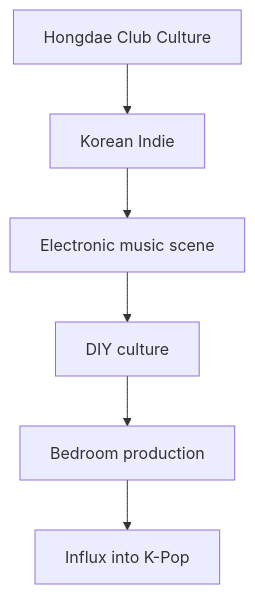
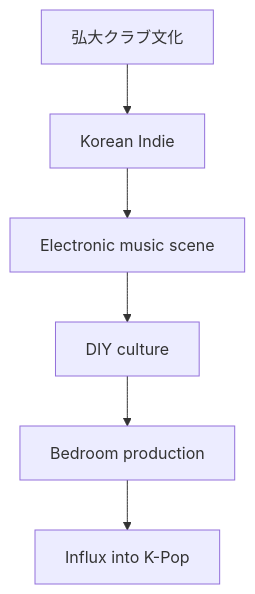
Before and after one commit to monumental-movement/monumental-movement.github.io: the fourth of 17 diagrams in en/_posts/2026-05-24-column-k-pop-indie-electronica.md, drawn with Mermaid. The commit also changed other lines of this file and 2196 other files, not shown here.

```diff
--- a/en/_posts/2026-05-24-column-k-pop-indie-electronica.md
+++ b/en/_posts/2026-05-24-column-k-pop-indie-electronica.md
@@ -149,8 +149,8 @@
 <div class="mermaid">
 graph TD
-A["Hongdae Club Culture"] --> B["Korean Indie"]
+A["弘大クラブ文化"] --> B["Korean Indie"]
 B --> C["Electronic music scene"]
 C --> D["DIY culture"]
 D --> E["Bedroom production"]
 E --> F["Influx into K-Pop"]
 </div>
```
